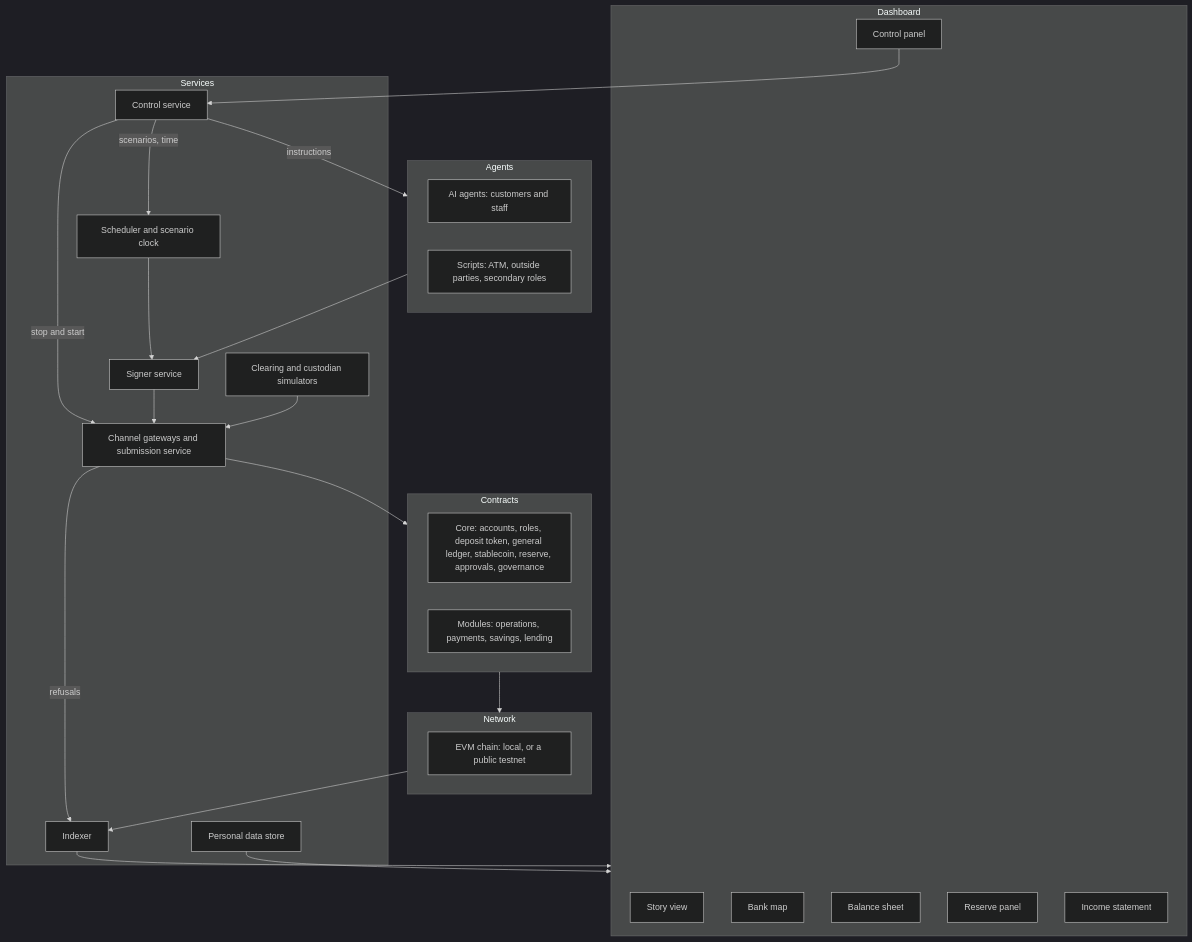
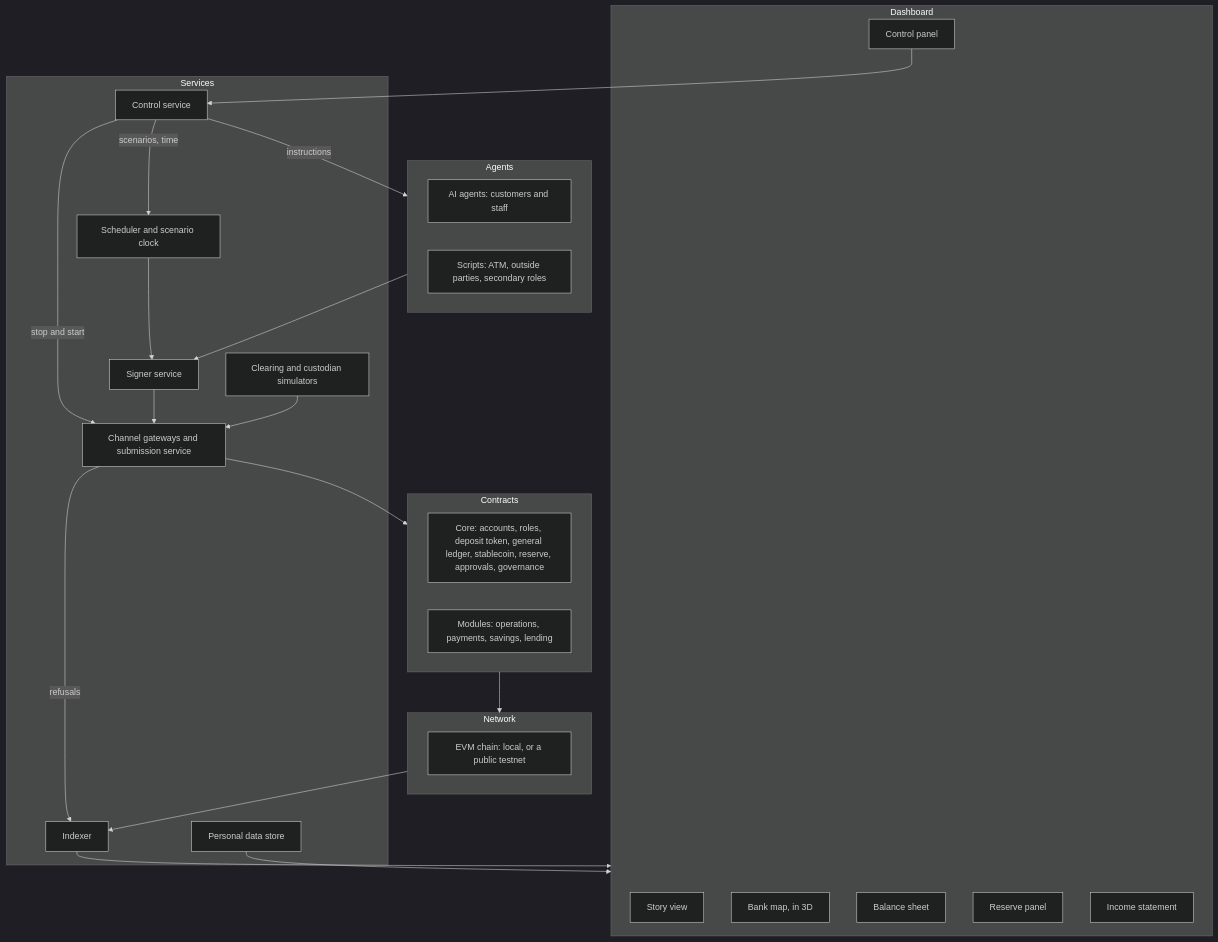
The first of 7 diagrams in docs/architecture.md (williamchong/agents-on-contract-bank), drawn with Mermaid (dark theme) before and after one commit. The commit also changed other lines of this file and 3 other files, not shown here.

Commit message:
📝 Plan the bank map as a live 3D model of the bank

````diff
--- a/docs/architecture.md
+++ b/docs/architecture.md
@@ -15,45 +15,45 @@
 ```mermaid
 flowchart TB
     subgraph L5[Dashboard]
         story[Story view]
-        map[Bank map]
+        map[Bank map, in 3D]
         balance[Balance sheet]
         reserve[Reserve panel]
         income[Income statement]
         control[Control panel]
     end
     subgraph L4[Agents]
         ai[AI agents: customers and staff]
         scripts[Scripts: ATM, outside parties, secondary roles]
     end
     subgraph L3[Services]
         signer[Signer service]
         gw[Channel gateways and submission service]
         indexer[Indexer]
         clock[Scheduler and scenario clock]
         ctl[Control service]
         corr[Clearing and custodian simulators]
         pii[Personal data store]
     end
     subgraph L2[Contracts]
         core[Core: accounts, roles, deposit token, general ledger, stablecoin, reserve, approvals, governance]
         modules[Modules: operations, payments, savings, lending]
     end
     subgraph L1[Network]
         chain[EVM chain: local, or a public testnet]
     end
     control --> ctl
     ctl -- instructions --> L4
     ctl -- scenarios, time --> clock
     ctl -- stop and start --> gw
     L4 --> signer
     clock --> signer
     signer --> gw
     corr --> gw
     gw --> L2
     L2 --> L1
     L1 --> indexer
     gw -- refusals --> indexer
     indexer --> L5
     pii --> L5
 ```
````
